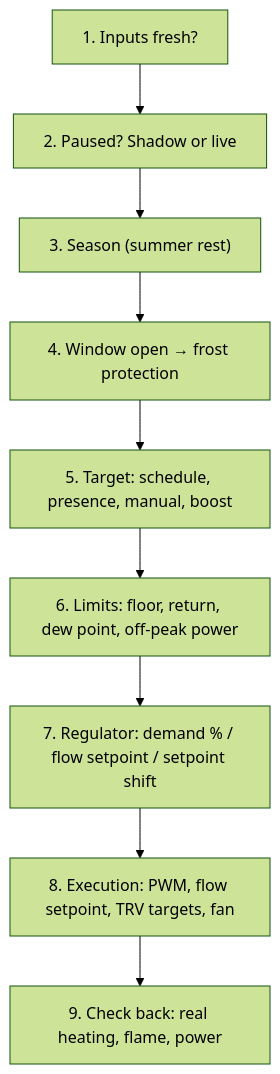
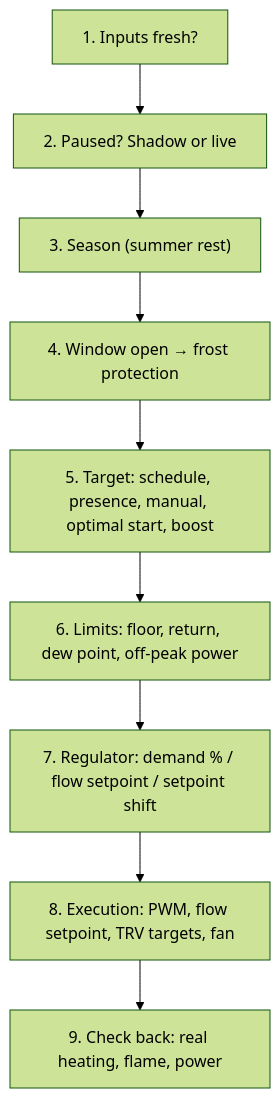
The second of 2 diagrams in DECISION_CHAIN.md (Gyuszko55/hc-thermostat), drawn with Mermaid (forest theme) before and after one commit. The commit also changed 37 other files, not shown here.

Commit message:
HC Thermostat 0.50.0: the house model – loss factor and free heat from a line, the time constant, optimal start, forecast hold before a lowering, mould risk at the coldest surface

````diff
--- a/DECISION_CHAIN.md
+++ b/DECISION_CHAIN.md
@@ -17,12 +17,12 @@
 ```mermaid
 flowchart TD
   N1["1. Inputs fresh?"] --> N2
   N2["2. Paused? Shadow or live"] --> N3
   N3["3. Season (summer rest)"] --> N4
   N4["4. Window open → frost protection"] --> N5
-  N5["5. Target: schedule, presence, manual, boost"] --> N6
+  N5["5. Target: schedule, presence, manual, optimal start, boost"] --> N6
   N6["6. Limits: floor, return, dew point, off-peak power"] --> N7
   N7["7. Regulator: demand % / flow setpoint / setpoint shift"] --> N8
   N8["8. Execution: PWM, flow setpoint, TRV targets, fan"] --> N9
   N9["9. Check back: real heating, flame, power"]
 ```
````
